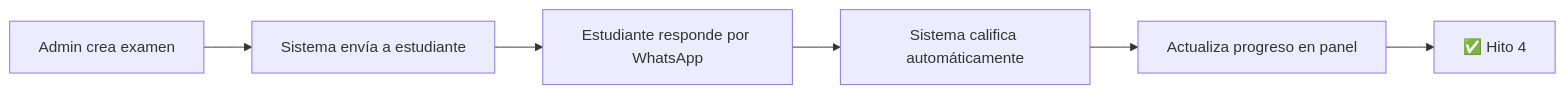
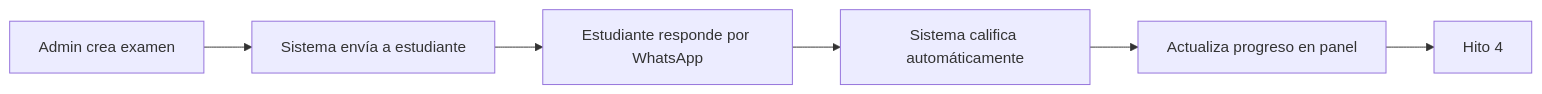
Before and after one commit to erikaluciafuertes/Project-Proposals: the fifth of 8 diagrams in whatsApp-learning/roadmap.md, drawn with Mermaid. The commit also changed other lines of this file, not shown here.

````diff
--- a/whatsApp-learning/roadmap.md
+++ b/whatsApp-learning/roadmap.md
@@ -242,8 +242,8 @@
 ```mermaid
 flowchart LR
     A[Admin crea examen] --> B[Sistema envía a estudiante]
     B --> C[Estudiante responde por WhatsApp]
     C --> D[Sistema califica automáticamente]
     D --> E[Actualiza progreso en panel]
-    E --> F["✅ Hito 4"]
+    E --> F[" Hito 4"]
 ```
````
